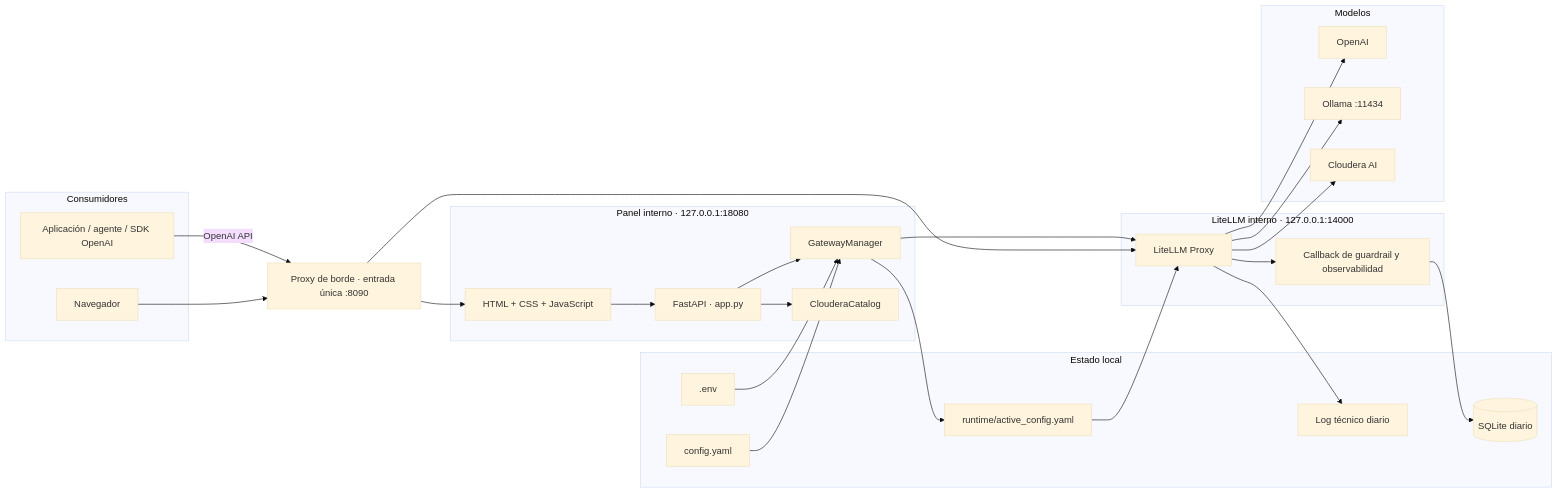
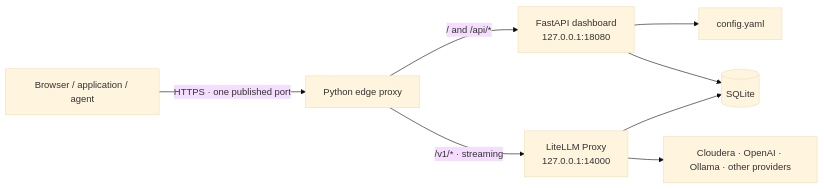
The diagram in README.md (smerchanmole/AI-gateway), drawn with Mermaid (base theme) before and after one commit. The commit also changed other lines of this file and 6 other files, not shown here.

````diff
--- a/README.md
+++ b/README.md
@@ -65,47 +26,10 @@
 ```mermaid
 flowchart LR
-    subgraph CLIENTES["Consumidores"]
-        WEB["Navegador"]
-        APP["Aplicación / agente / SDK OpenAI"]
-    end
-
-    EDGE["Proxy de borde · entrada única :8090"]
-
-    subgraph PANEL["Panel interno · 127.0.0.1:18080"]
-        API["FastAPI · app.py"]
-        UI["HTML + CSS + JavaScript"]
-        CORE["GatewayManager"]
-        CDP["ClouderaCatalog"]
-    end
-
-    subgraph PROXY["LiteLLM interno · 127.0.0.1:14000"]
-        LLM["LiteLLM Proxy"]
-        CALLBACK["Callback de guardrail y observabilidad"]
-    end
-
-    subgraph DATOS["Estado local"]
-        YAML["config.yaml"]
-        ENV[".env"]
-        RUN["runtime/active_config.yaml"]
-        SQLITE[("SQLite diario")]
-        LOG["Log técnico diario"]
-    end
-
-    subgraph PROVEEDORES["Modelos"]
-        OPENAI["OpenAI"]
-        OLLAMA["Ollama :11434"]
-        CLOUDERA["Cloudera AI"]
-    end
-
-    WEB --> EDGE --> UI --> API
-    APP -->|"OpenAI API"| EDGE --> LLM
-    API --> CORE --> LLM
-    YAML --> CORE --> RUN --> LLM
-    ENV --> CORE
-    API --> CDP
-    LLM --> CALLBACK --> SQLITE
-    LLM --> LOG
-    LLM --> OPENAI
-    LLM --> OLLAMA
-    LLM --> CLOUDERA
+    C["Browser / application / agent"] -->|"HTTPS · one published port"| E["Python edge proxy"]
+    E -->|"/ and /api/*"| D["FastAPI dashboard<br/>127.0.0.1:18080"]
+    E -->|"/v1/* · streaming"| L["LiteLLM Proxy<br/>127.0.0.1:14000"]
+    D --> Y["config.yaml"]
+    D --> S[("SQLite")]
+    L --> S
+    L --> P["Cloudera · OpenAI · Ollama · other providers"]
 ```
````
